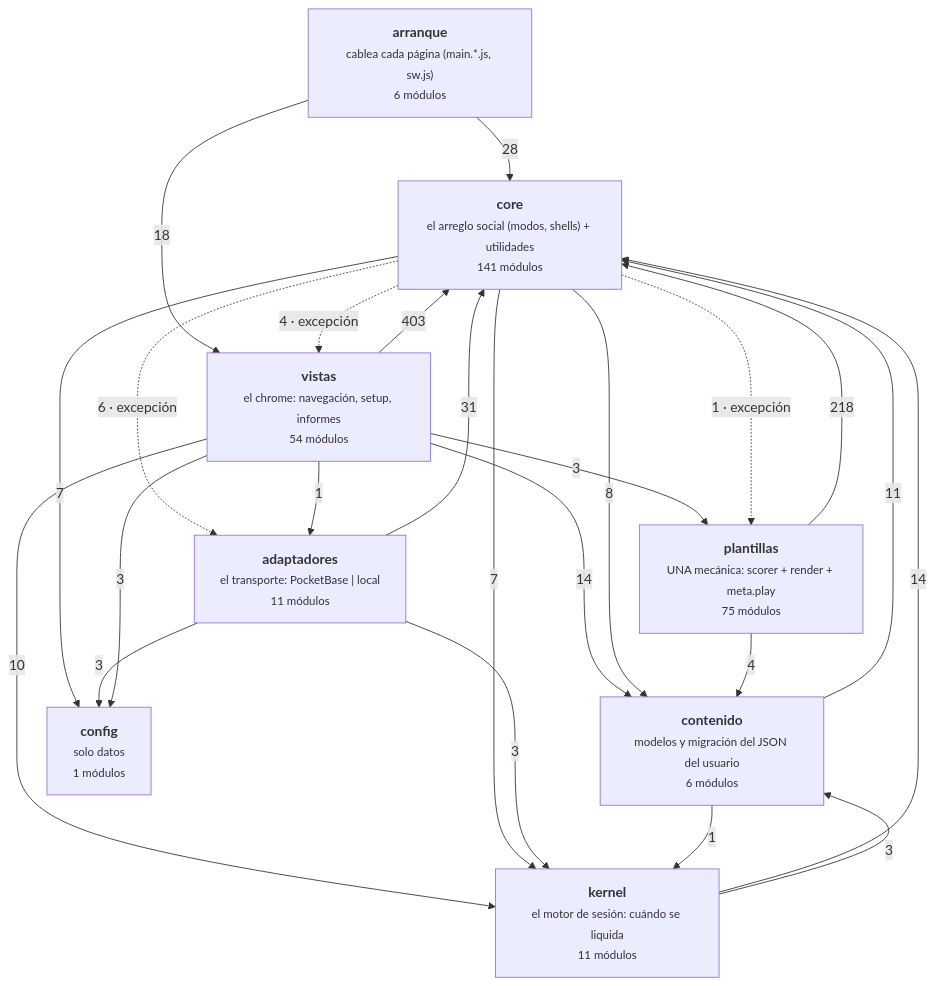
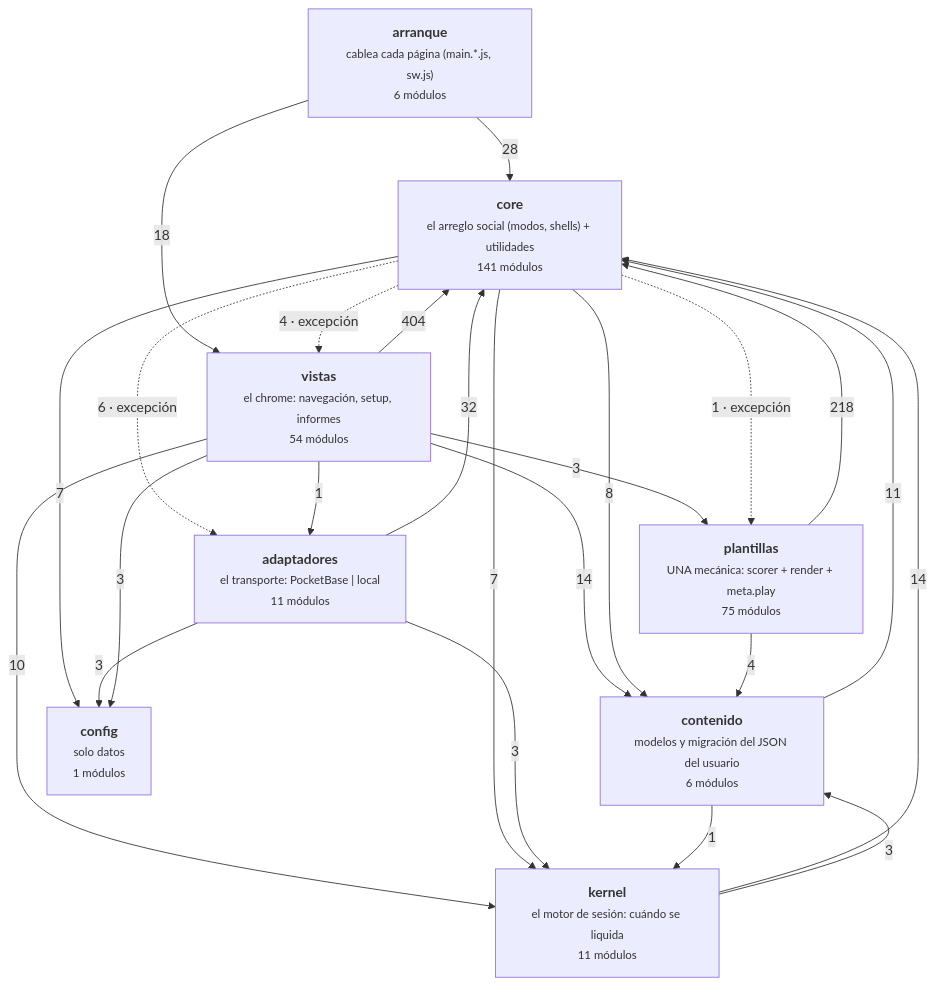
One commit to duecaz/ac changed the diagram in docs/arquitectura-modulos.md. Above: the diagram before and after it, drawn with Mermaid. The commit also changed other lines of this file and 7 other files, not shown here.

````diff
--- a/docs/arquitectura-modulos.md
+++ b/docs/arquitectura-modulos.md
@@ -56,34 +56,34 @@
 ```mermaid
 graph TD
   A["<b>arranque</b><br/><small>cablea cada página (main.*.js, sw.js)</small><br/><small>6 módulos</small>"]
   V["<b>vistas</b><br/><small>el chrome: navegación, setup, informes</small><br/><small>54 módulos</small>"]
   AD["<b>adaptadores</b><br/><small>el transporte: PocketBase | local</small><br/><small>11 módulos</small>"]
   C["<b>core</b><br/><small>el arreglo social (modos, shells) + utilidades</small><br/><small>141 módulos</small>"]
   K["<b>kernel</b><br/><small>el motor de sesión: cuándo se liquida</small><br/><small>11 módulos</small>"]
   T["<b>plantillas</b><br/><small>UNA mecánica: scorer + render + meta.play</small><br/><small>75 módulos</small>"]
   CO["<b>contenido</b><br/><small>modelos y migración del JSON del usuario</small><br/><small>6 módulos</small>"]
   CF["<b>config</b><br/><small>solo datos</small><br/><small>1 módulos</small>"]
-  V -->|403| C
+  V -->|404| C
   T -->|218| C
-  AD -->|31| C
+  AD -->|32| C
   A -->|28| C
   A -->|18| V
   K -->|14| C
   V -->|14| CO
   CO -->|11| C
   V -->|10| K
   C -->|8| CO
   C -->|7| K
   C -->|7| CF
   C -.->|6 · excepción| AD
   C -.->|4 · excepción| V
   T -->|4| CO
   AD -->|3| CF
   AD -->|3| K
   K -->|3| CO
   V -->|3| CF
   V -->|3| T
   C -.->|1 · excepción| T
   CO -->|1| K
   V -->|1| AD
 ```
````
